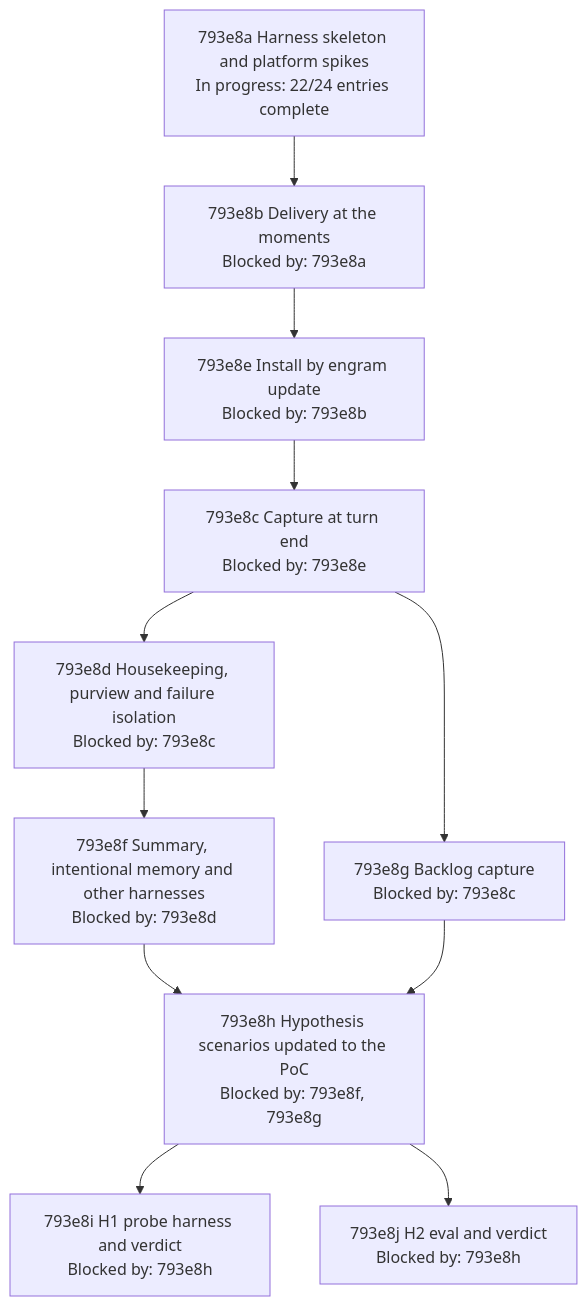
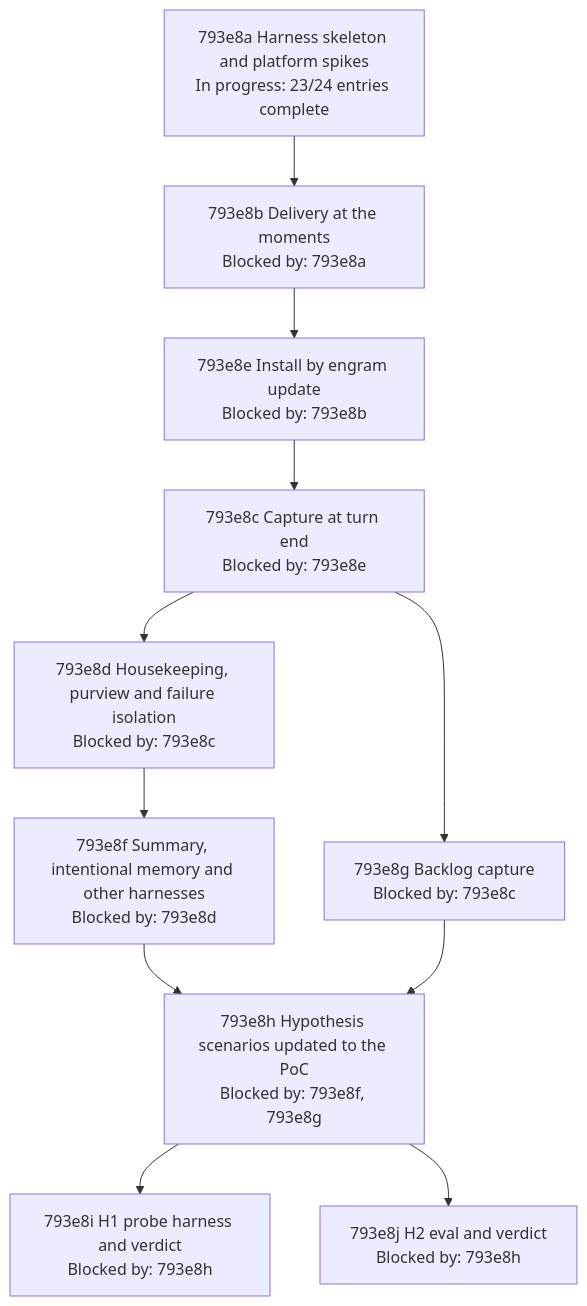
The diagram in docs/changes/793_parallel-memory-agent/793e_implementation-plan.md (toejough/engram), drawn with Mermaid before and after one commit. The commit also changed other lines of this file and 2 other files, not shown here.

Commit message:
refactor(793e8a): split acceptancePlan to stay under the complexity limit
793a5k1e is Done: green live, targ test and targ check-full pass.

AI-Used: [claude]

````diff
--- a/docs/changes/793_parallel-memory-agent/793e_implementation-plan.md
+++ b/docs/changes/793_parallel-memory-agent/793e_implementation-plan.md
@@ -214,21 +214,21 @@
 ```mermaid
 flowchart TD
-  n793e8a["793e8a Harness skeleton and platform spikes<br/>In progress: 22/24 entries complete"]
+  n793e8a["793e8a Harness skeleton and platform spikes<br/>In progress: 23/24 entries complete"]
   n793e8b["793e8b Delivery at the moments<br/>Blocked by: 793e8a"]
   n793e8e["793e8e Install by engram update<br/>Blocked by: 793e8b"]
   n793e8c["793e8c Capture at turn end<br/>Blocked by: 793e8e"]
   n793e8d["793e8d Housekeeping, purview and failure isolation<br/>Blocked by: 793e8c"]
   n793e8g["793e8g Backlog capture<br/>Blocked by: 793e8c"]
   n793e8f["793e8f Summary, intentional memory and other harnesses<br/>Blocked by: 793e8d"]
   n793e8h["793e8h Hypothesis scenarios updated to the PoC<br/>Blocked by: 793e8f, 793e8g"]
   n793e8i["793e8i H1 probe harness and verdict<br/>Blocked by: 793e8h"]
   n793e8j["793e8j H2 eval and verdict<br/>Blocked by: 793e8h"]
   n793e8a --> n793e8b --> n793e8e --> n793e8c
   n793e8c --> n793e8d
   n793e8c --> n793e8g
   n793e8d --> n793e8f
   n793e8f --> n793e8h
   n793e8g --> n793e8h
   n793e8h --> n793e8i
   n793e8h --> n793e8j
 ```
````
